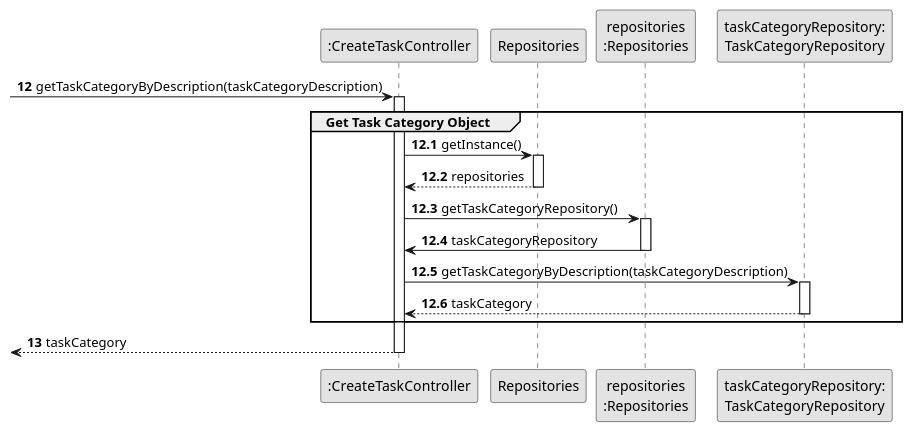
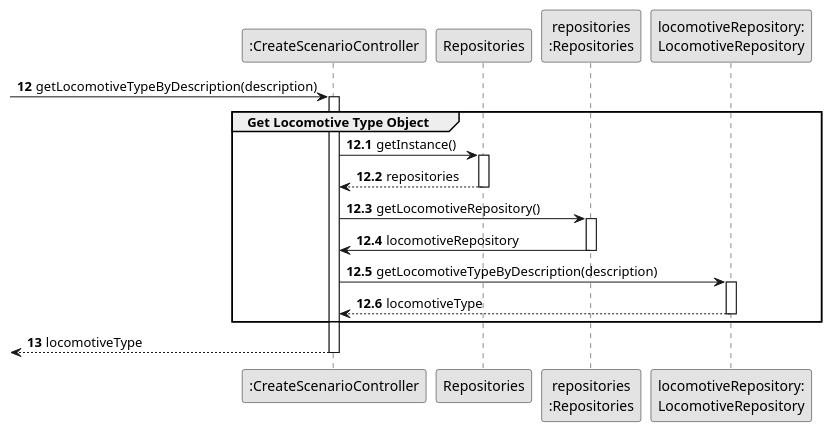
One commit to bruno-monteiro5/sem2-pi-24.25-g132-repo changed the diagram in docs/system-documentation/US004/03.design/puml/US004-SD-partial-get-task-category.puml. Above: the diagram before and after it, drawn with PlantUML. The commit also changed 3 other files, not shown here.

Commit message:
US04 SDpartial get task design done

```diff
--- a/docs/system-documentation/US004/03.design/puml/US004-SD-partial-get-task-category.puml
+++ b/docs/system-documentation/US004/03.design/puml/US004-SD-partial-get-task-category.puml
@@ -1,42 +1,37 @@
 @startuml
 skinparam monochrome true
 skinparam packageStyle rectangle
 skinparam shadowing false
 
-participant ":CreateTaskController" as CTRL
+participant ":CreateScenarioController" as CTRL
 participant "Repositories" as REPOS
 participant "repositories\n:Repositories" as REPOS_SINGLETON
-participant "taskCategoryRepository:\nTaskCategoryRepository" as TASK_CAT_REPO
+participant "locomotiveRepository:\nLocomotiveRepository" as LOCO_REPO
 
 autonumber 12
--> CTRL : getTaskCategoryByDescription(taskCategoryDescription)
+-> CTRL : getLocomotiveTypeByDescription(description)
 
 autonumber 12.1
-
 activate CTRL
-    ' LIXO - acrescentava Object, coerente com diagrama split
-    group Get Task Category Object
+    group Get Locomotive Type Object
         CTRL -> REPOS : getInstance()
         activate REPOS
             REPOS --> CTRL: repositories
         deactivate REPOS
 
-        CTRL -> REPOS_SINGLETON : getTaskCategoryRepository()
+        CTRL -> REPOS_SINGLETON : getLocomotiveRepository()
         activate REPOS_SINGLETON
-            REPOS_SINGLETON -> CTRL : taskCategoryRepository
+            REPOS_SINGLETON -> CTRL : locomotiveRepository
         deactivate REPOS_SINGLETON
 
-        CTRL -> TASK_CAT_REPO : getTaskCategoryByDescription(taskCategoryDescription)
-        activate TASK_CAT_REPO
-            TASK_CAT_REPO --> CTRL : taskCategory
-        deactivate TASK_CAT_REPO
-
+        CTRL -> LOCO_REPO : getLocomotiveTypeByDescription(description)
+        activate LOCO_REPO
+            LOCO_REPO --> CTRL : locomotiveType
+        deactivate LOCO_REPO
     end group
 
-    autonumber 13
-    <-- CTRL : taskCategory
-
+autonumber 13
+<-- CTRL : locomotiveType
 deactivate CTRL
 
-
 @enduml
```
